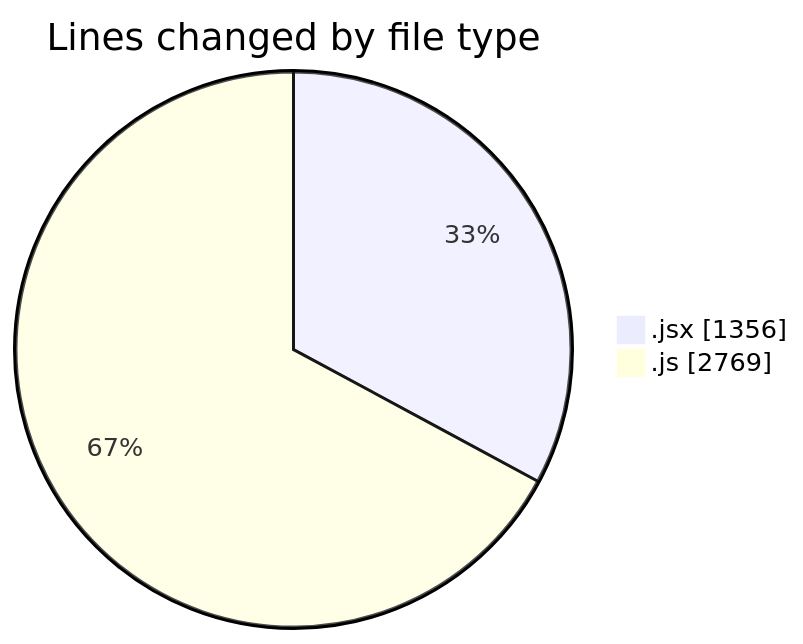
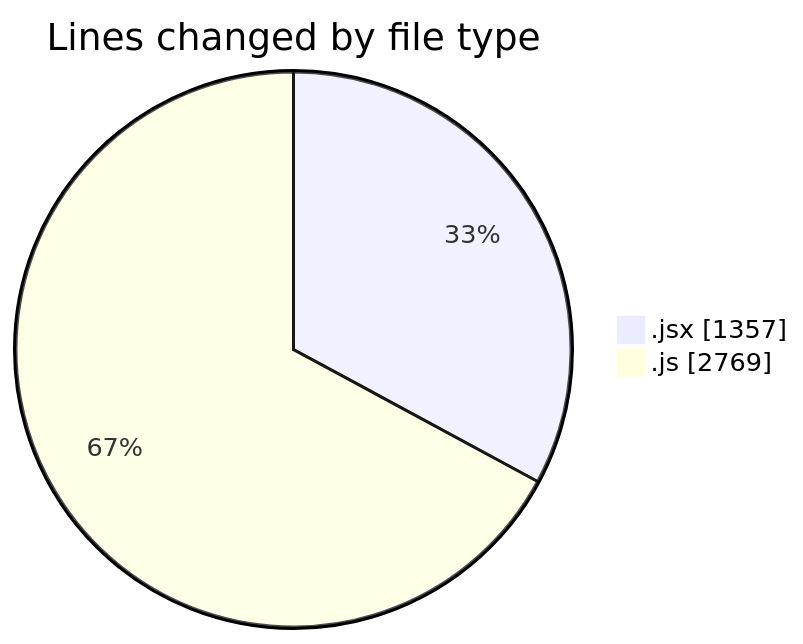
Before and after one commit to nxtqubesakshisongat/code-tracking: the first of 2 diagrams in 2025-07-25/nxtqube_webapp/README.md, drawn with Mermaid. The commit also changed other lines of this file and 1 other file, not shown here.

````diff
--- a/2025-07-25/nxtqube_webapp/README.md
+++ b/2025-07-25/nxtqube_webapp/README.md
@@ -33,6 +33,6 @@
 ```mermaid
 pie showData
 title Lines changed by file type
-".jsx" : 1356
+".jsx" : 1357
 ".js" : 2769
 ```
````
